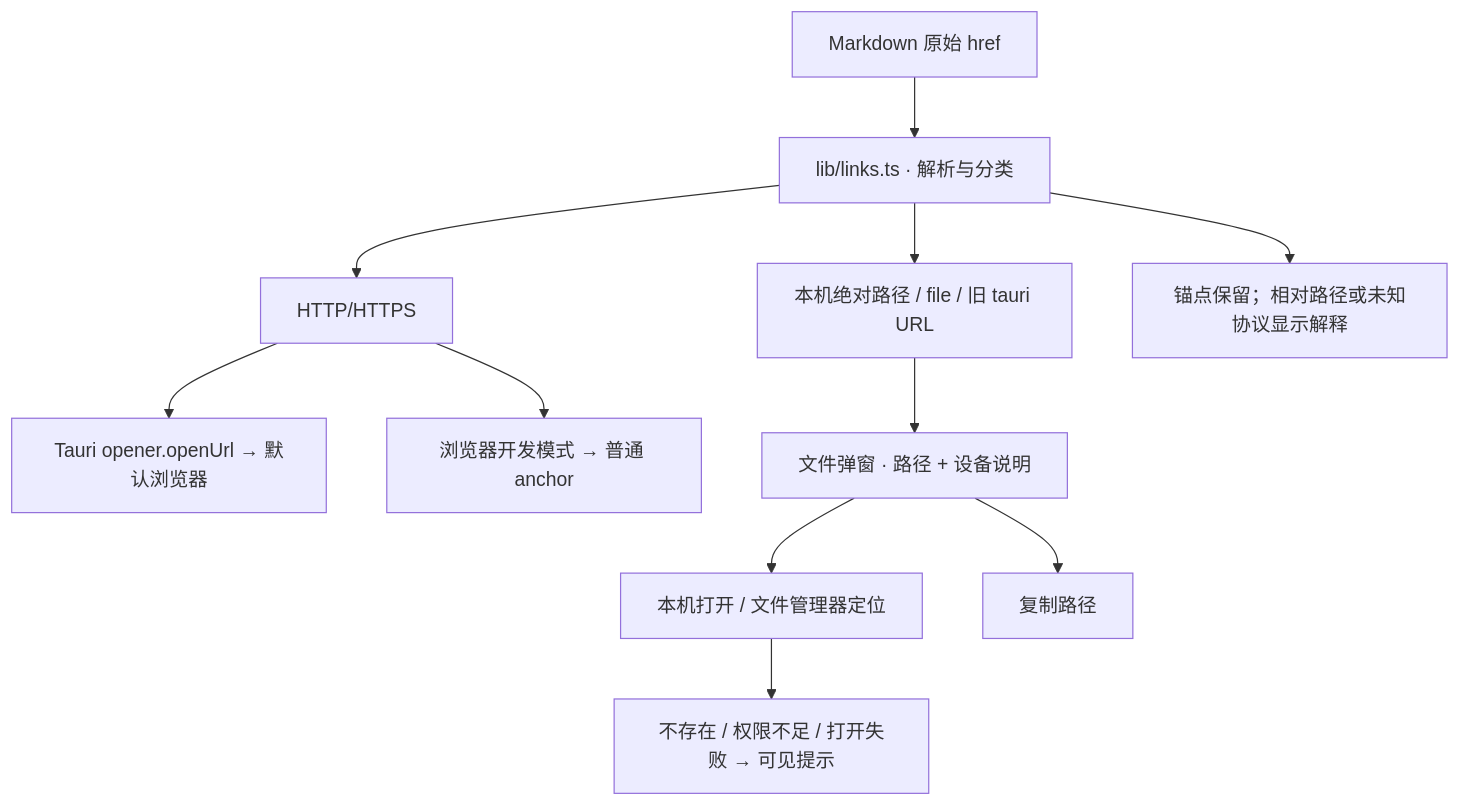
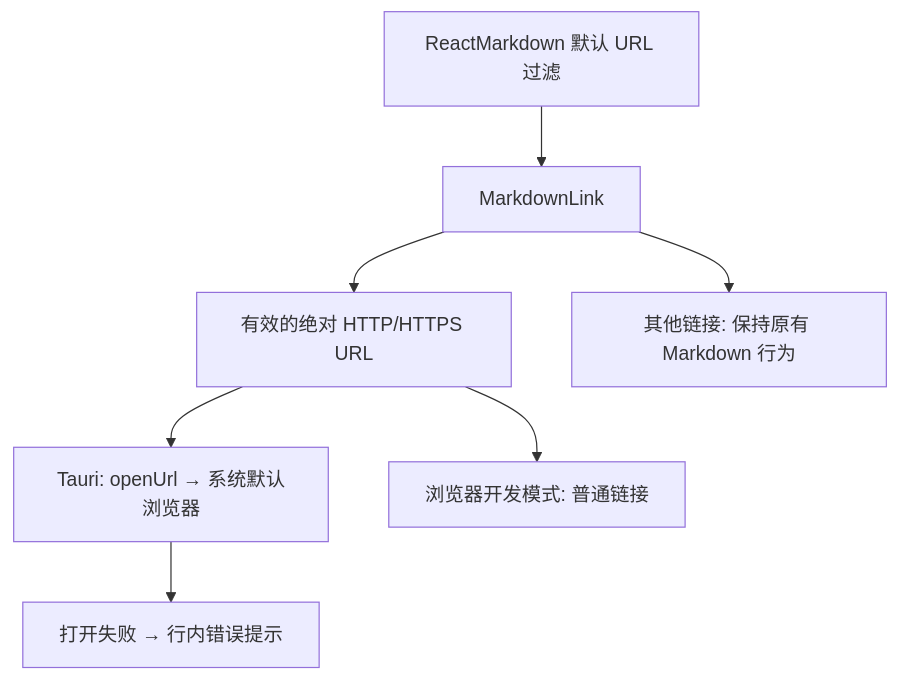
The diagram in docs/plans/issue-2-links.md (CooCoode/mob), drawn with Mermaid before and after one commit. The commit also changed other lines of this file and 8 other files, not shown here.

Commit message:
fix(markdown): limit reply link handling to web URLs

````diff
--- a/docs/plans/issue-2-links.md
+++ b/docs/plans/issue-2-links.md
@@ -53,13 +18,9 @@
 ```mermaid
 flowchart TD
-  Raw["Markdown 原始 href"] --> Classify["lib/links.ts · 解析与分类"]
-  Classify --> Web["HTTP/HTTPS"]
-  Web --> Desktop["Tauri opener.openUrl → 默认浏览器"]
-  Web --> Browser["浏览器开发模式 → 普通 anchor"]
-  Classify --> File["本机绝对路径 / file / 旧 tauri URL"]
-  File --> Dialog["文件弹窗 · 路径 + 设备说明"]
-  Dialog --> Native["本机打开 / 文件管理器定位"]
-  Dialog --> Copy["复制路径"]
-  Native --> Error["不存在 / 权限不足 / 打开失败 → 可见提示"]
-  Classify --> Other["锚点保留；相对路径或未知协议显示解释"]
+  Markdown["ReactMarkdown 默认 URL 过滤"] --> Link["MarkdownLink"]
+  Link --> Web["有效的绝对 HTTP/HTTPS URL"]
+  Web --> Desktop["Tauri: openUrl → 系统默认浏览器"]
+  Desktop --> Error["打开失败 → 行内错误提示"]
+  Web --> Browser["浏览器开发模式: 普通链接"]
+  Link --> Other["其他链接: 保持原有 Markdown 行为"]
 ```
````
